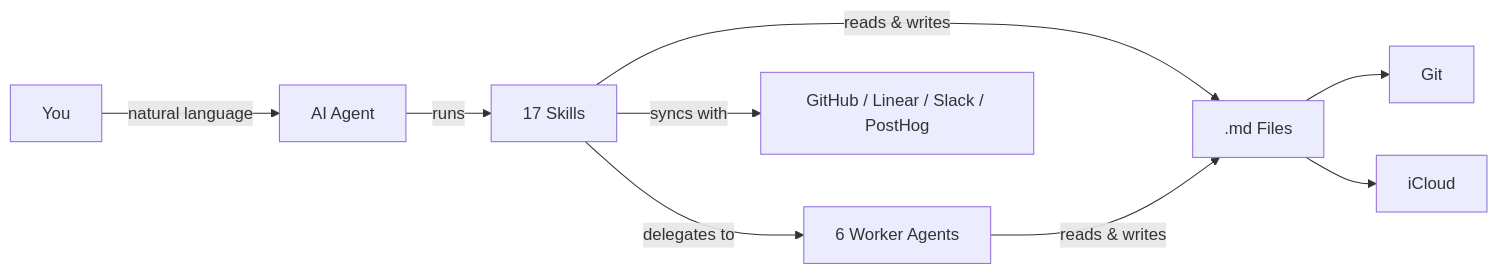
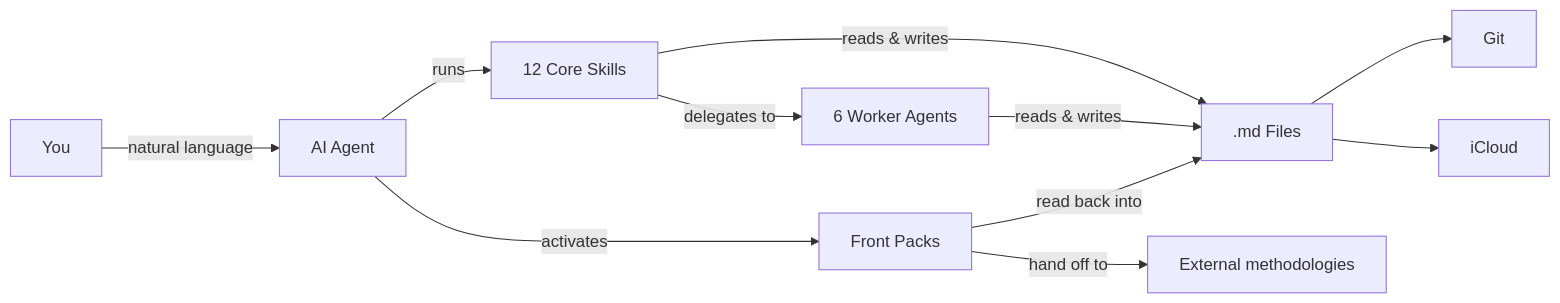
Before and after one commit to builes-carlos/brainia: the first of 2 diagrams in README.md, drawn with Mermaid. The commit also changed other lines of this file and 7 other files, not shown here.

First line of the commit message:
docs: document the fronts architecture and the two core rules

````diff
--- a/README.md
+++ b/README.md
@@ -11,11 +16,13 @@
 ```mermaid
 graph LR
     A[You] -- natural language --> B[AI Agent]
-    B -- runs --> C[17 Skills]
+    B -- runs --> C[12 Core Skills]
     C -- delegates to --> W[6 Worker Agents]
     C -- reads & writes --> D[.md Files]
     W -- reads & writes --> D
-    C -- syncs with --> G[GitHub / Linear / Slack / PostHog]
+    B -- activates --> P[Front Packs]
+    P -- hand off to --> X[External methodologies]
+    P -- read back into --> D
     D --> E[Git]
     D --> F[iCloud]
 ```
````
